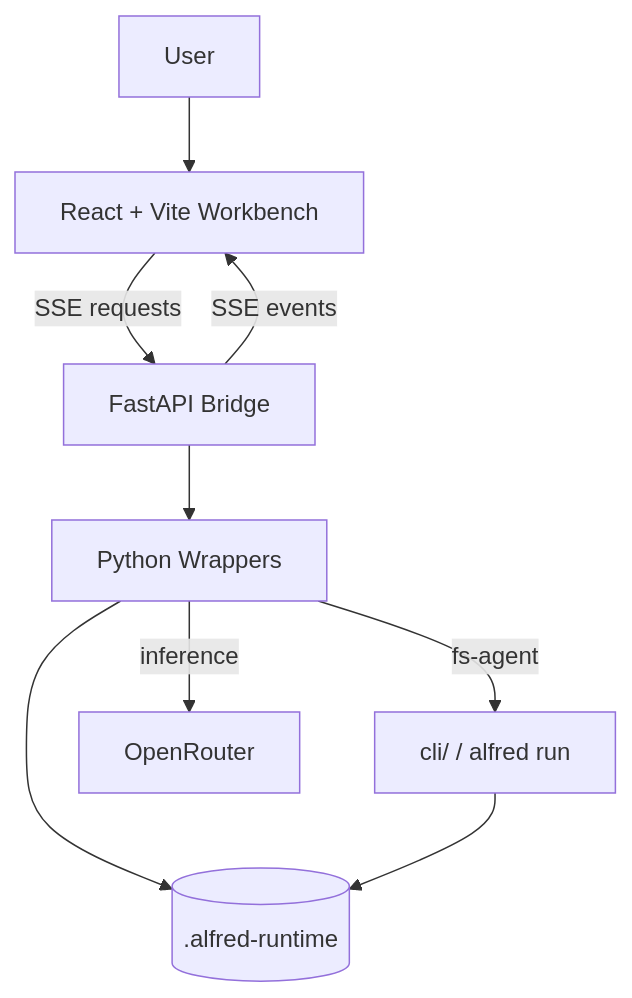
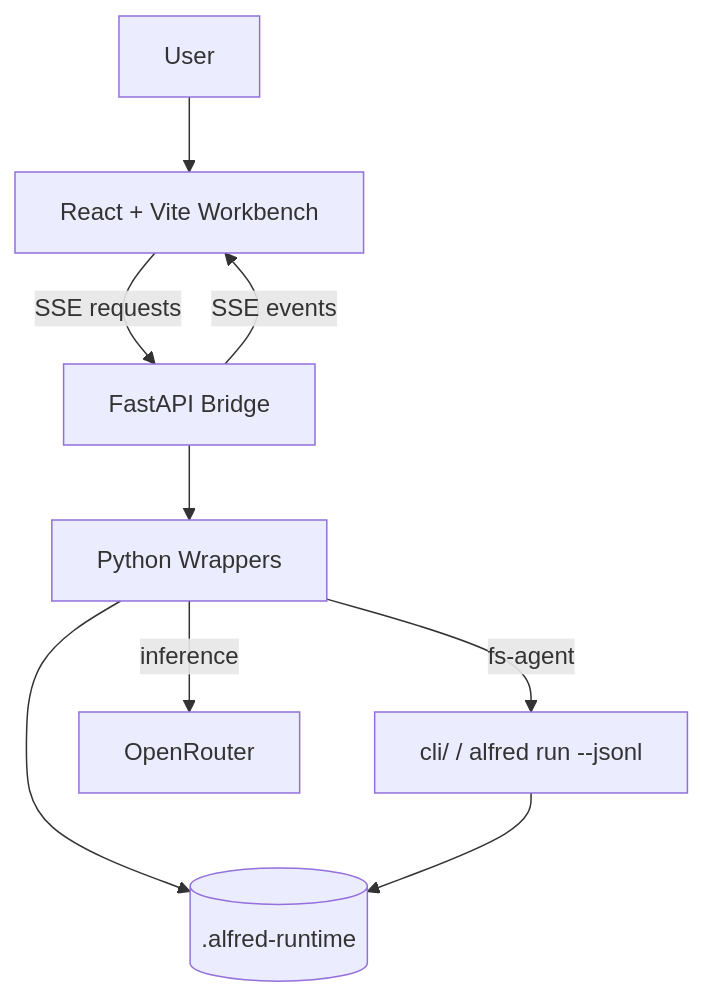
The first of 2 diagrams in docs/architecture.md (AIByJohannes/alfred), drawn with Mermaid before and after one commit. The commit also changed other lines of this file and 7 other files, not shown here.

````diff
--- a/docs/architecture.md
+++ b/docs/architecture.md
@@ -15,19 +17,19 @@
 ```mermaid
 graph TD
     User[User]
     UI[React + Vite Workbench]
     API[FastAPI Bridge]
     PY[Python Wrappers]
-    CLI[cli/ / alfred run]
+    CLI[cli/ / alfred run --jsonl]
     FS[(.alfred-runtime)]
     LLM[OpenRouter]
 
     User --> UI
     UI -->|SSE requests| API
     API --> PY
     PY -->|inference| LLM
     PY -->|fs-agent| CLI
     PY --> FS
     CLI --> FS
     API -->|SSE events| UI
 ```
````
